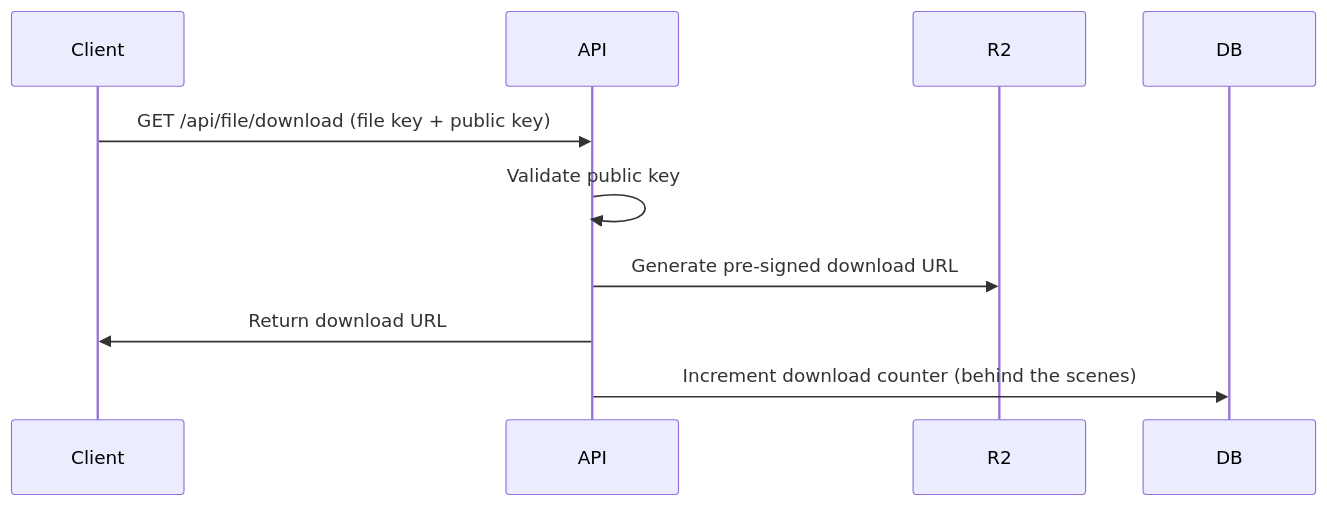
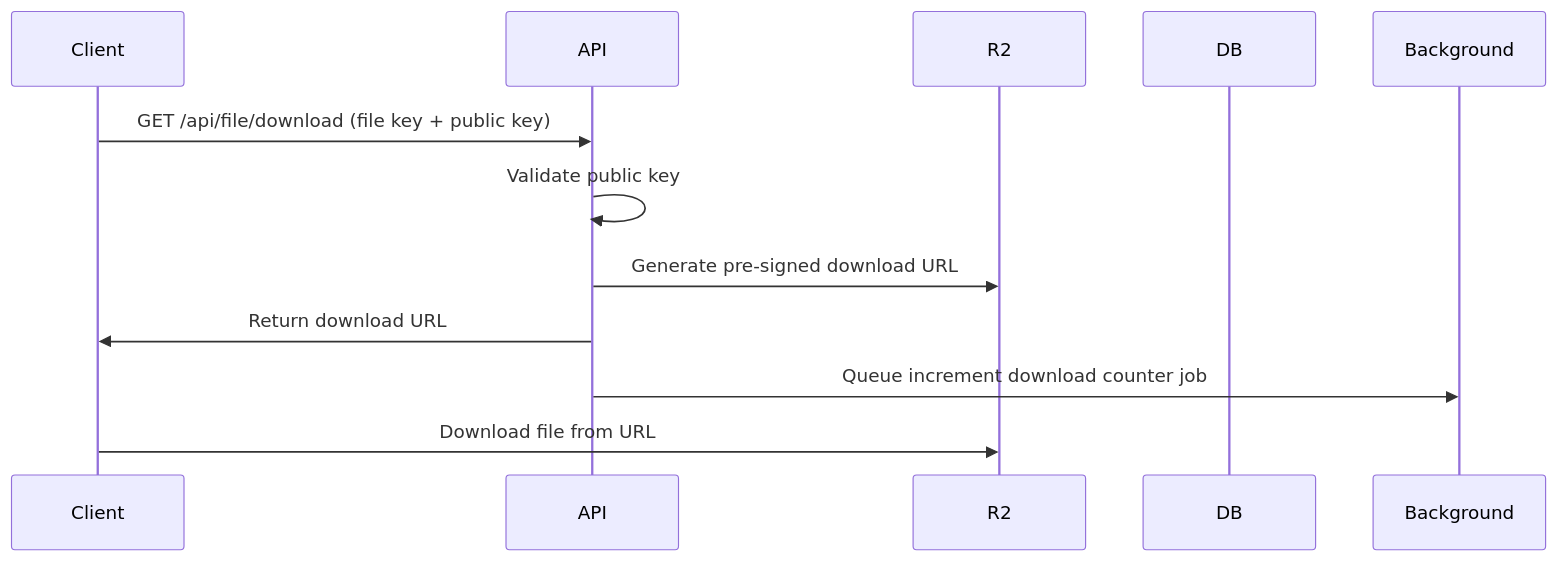
The second of 2 diagrams in docs/tech-doc.md (spiderocious/storex), drawn with Mermaid before and after one commit. The commit also changed other lines of this file, not shown here.

Commit message:
Enhance technical documentation with detailed sections on dependencies, development tools, and background job service operations

````diff
--- a/docs/tech-doc.md
+++ b/docs/tech-doc.md
@@ -142,13 +182,14 @@
 ```mermaid
 sequenceDiagram
     participant Client
     participant API
     participant R2
     participant DB
 
     Client->>API: GET /api/file/download (file key + public key)
     API->>API: Validate public key
     API->>R2: Generate pre-signed download URL
     API->>Client: Return download URL
-    API->>DB: Increment download counter (behind the scenes)
+    API->>Background: Queue increment download counter job
+    Client->>R2: Download file from URL
 ```
````
